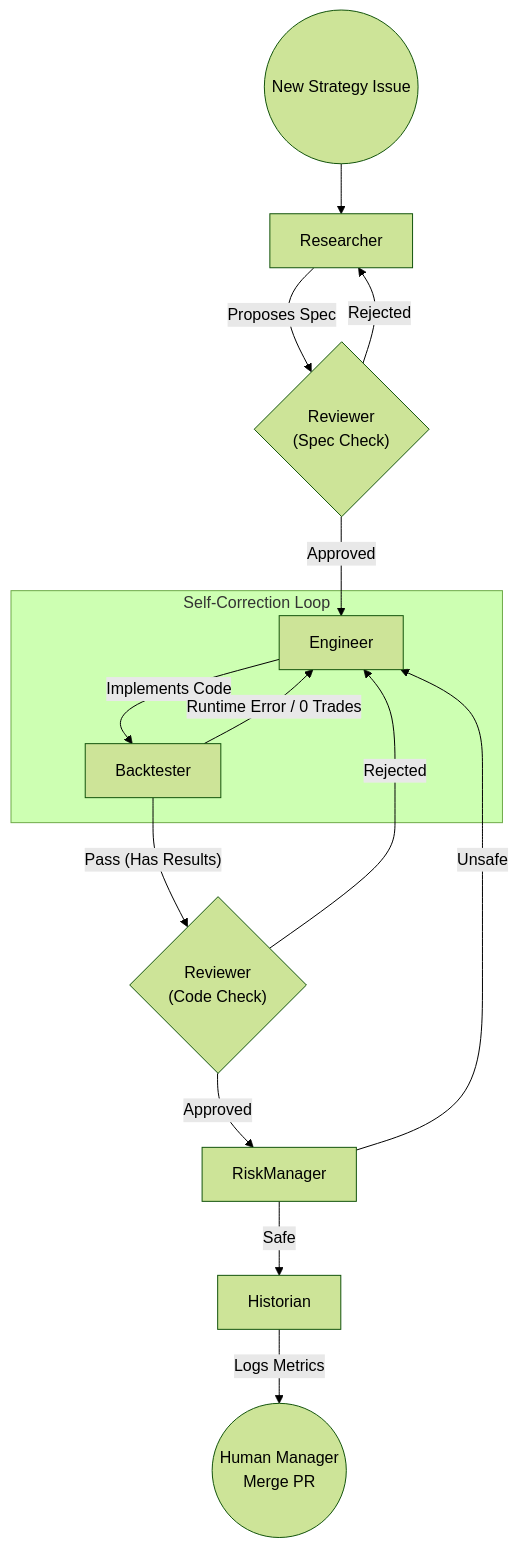
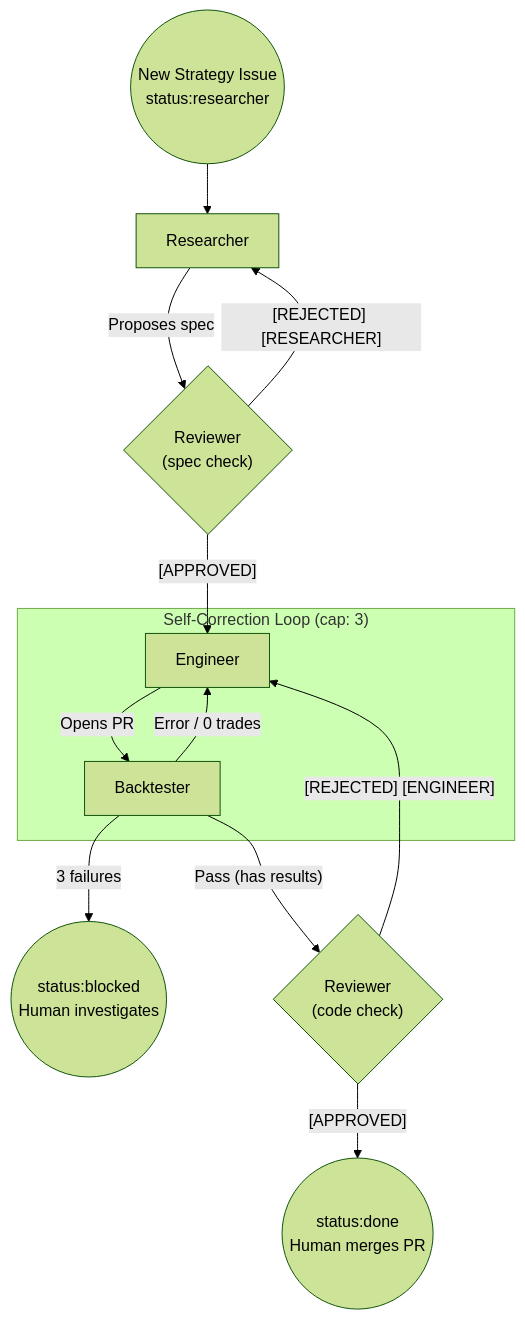
Before and after one commit to tefwilliams/trading-bot-team: the diagram in README.md, drawn with Mermaid (forest theme). The commit also changed other lines of this file and 17 other files, not shown here.

First line of the commit message:
Streamline pipeline: retry cap, remove RM/Historian, harden Reviewer

````diff
--- a/README.md
+++ b/README.md
@@ -26,24 +22,20 @@
 ```mermaid
 graph TD
-    Start(("New Strategy Issue")) --> Researcher
-    Researcher -- "Proposes Spec" --> Reviewer_Spec{"Reviewer <br/> (Spec Check)"}
-    
-    Reviewer_Spec -- "Rejected" --> Researcher
-    Reviewer_Spec -- "Approved" --> Engineer
-    
-    Engineer -- "Implements Code" --> Backtester
-    
-    subgraph "Self-Correction Loop"
-    Backtester -- "Runtime Error / 0 Trades" --> Engineer
+    Start(("New Strategy Issue<br/>status:researcher")) --> Researcher
+    Researcher -- "Proposes spec" --> Reviewer_Spec{"Reviewer<br/>(spec check)"}
+
+    Reviewer_Spec -- "[REJECTED] [RESEARCHER]" --> Researcher
+    Reviewer_Spec -- "[APPROVED]" --> Engineer
+
+    Engineer -- "Opens PR" --> Backtester
+
+    subgraph "Self-Correction Loop (cap: 3)"
+    Backtester -- "Error / 0 trades" --> Engineer
     end
-    
-    Backtester -- "Pass (Has Results)" --> Reviewer_Code{"Reviewer <br/> (Code Check)"}
-    
-    Reviewer_Code -- "Rejected" --> Engineer
-    Reviewer_Code -- "Approved" --> RiskManager
-    
-    RiskManager -- "Unsafe" --> Engineer
-    RiskManager -- "Safe" --> Historian
-    
-    Historian -- "Logs Metrics" --> Manager(("Human Manager <br/> Merge PR"))
+
+    Backtester -- "3 failures" --> Blocked(("status:blocked<br/>Human investigates"))
+    Backtester -- "Pass (has results)" --> Reviewer_Code{"Reviewer<br/>(code check)"}
+
+    Reviewer_Code -- "[REJECTED] [ENGINEER]" --> Engineer
+    Reviewer_Code -- "[APPROVED]" --> Done(("status:done<br/>Human merges PR"))
 ```
````
